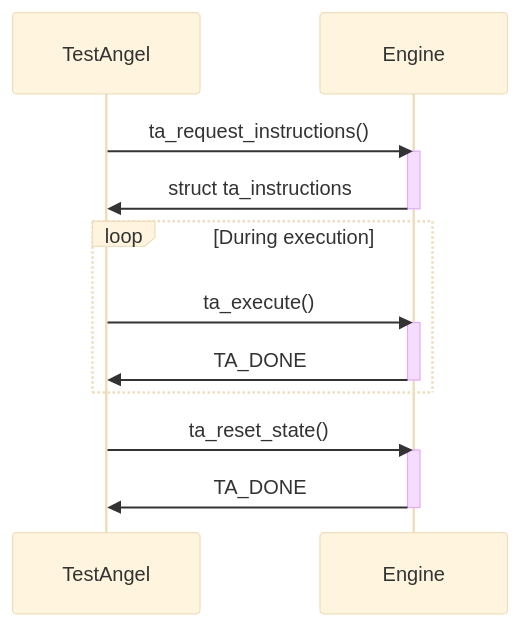
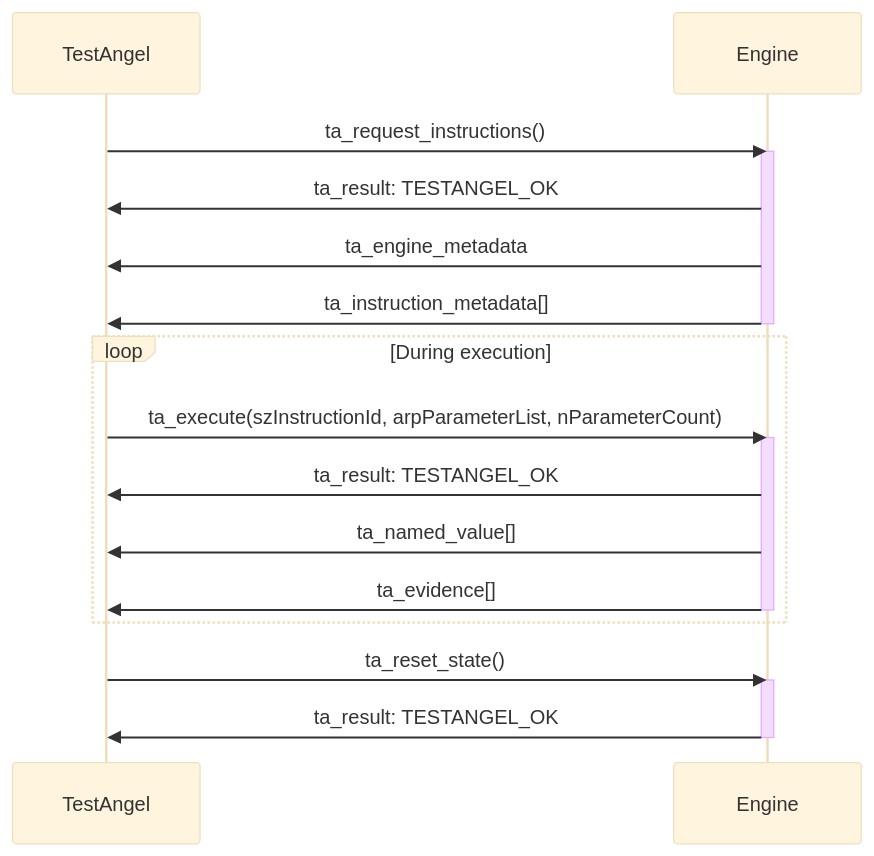
The diagram in README.md (lilopkins/testangel), drawn with Mermaid (base theme) before and after one commit. The commit also changed other lines of this file and 12 other files, not shown here.

````diff
--- a/README.md
+++ b/README.md
@@ -110,19 +55,23 @@
 ```mermaid
 sequenceDiagram
     TestAngel->>Engine: ta_request_instructions()
     activate Engine
-    Engine->>TestAngel: struct ta_instructions
+    Engine->>TestAngel: ta_result: TESTANGEL_OK
+    Engine->>TestAngel: ta_engine_metadata
+    Engine->>TestAngel: ta_instruction_metadata[]
     deactivate Engine
 
     loop During execution
-        TestAngel->>Engine: ta_execute()
+        TestAngel->>Engine: ta_execute(szInstructionId, arpParameterList, nParameterCount)
         activate Engine
-        Engine->>TestAngel: TA_DONE
+        Engine->>TestAngel: ta_result: TESTANGEL_OK
+        Engine->>TestAngel: ta_named_value[]
+        Engine->>TestAngel: ta_evidence[]
         deactivate Engine
     end
 
     TestAngel->>Engine: ta_reset_state()
     activate Engine
-    Engine->>TestAngel: TA_DONE
+    Engine->>TestAngel: ta_result: TESTANGEL_OK
     deactivate Engine
 ```
````
